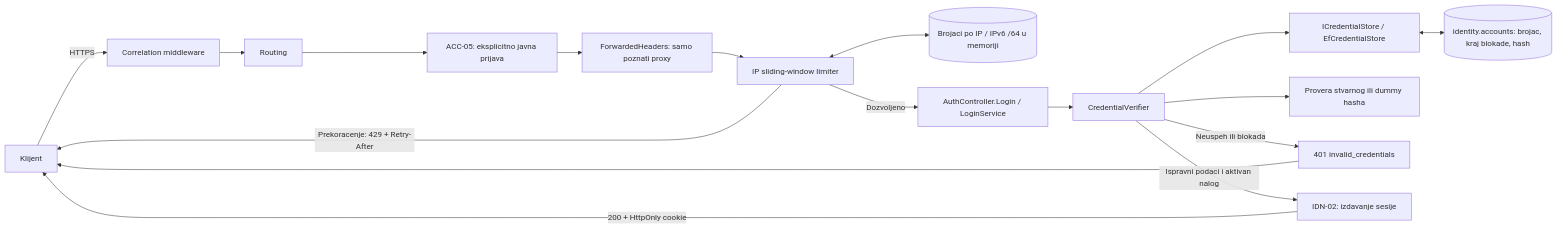
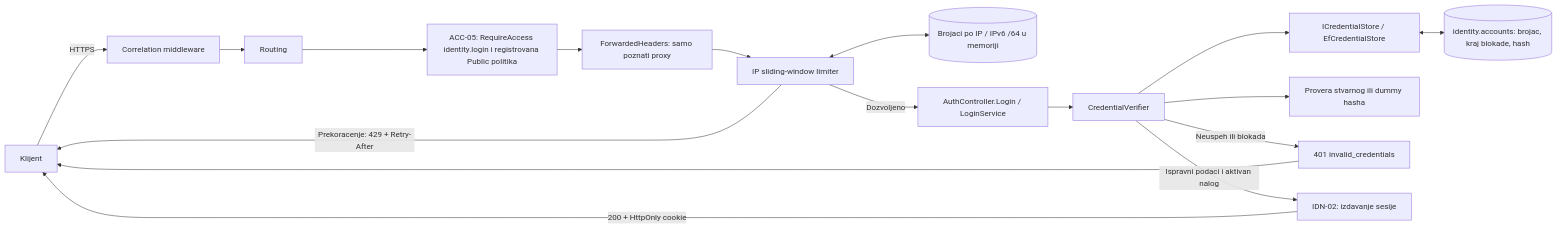
Before and after one commit to owlCoder/security-lab: the diagram in docs/components/identity/IDN-05.md, drawn with Mermaid. The commit also changed other lines of this file and 15 other files, not shown here.

````diff
--- a/docs/components/identity/IDN-05.md
+++ b/docs/components/identity/IDN-05.md
@@ -33,19 +36,19 @@
 ```mermaid
 flowchart LR
   U[Klijent] -->|HTTPS| C[Correlation middleware]
   C --> R[Routing]
-  R --> A[ACC-05: eksplicitno javna prijava]
+  R --> A[ACC-05: RequireAccess identity.login i registrovana Public politika]
   A --> F[ForwardedHeaders: samo poznati proxy]
   F --> L[IP sliding-window limiter]
   L <--> I[(Brojaci po IP / IPv6 /64 u memoriji)]
   L -->|Prekoracenje: 429 + Retry-After| U
   L -->|Dozvoljeno| E[AuthController.Login / LoginService]
   E --> V[CredentialVerifier]
   V --> S[ICredentialStore / EfCredentialStore]
   S <--> D[(identity.accounts: brojac, kraj blokade, hash)]
   V --> H[Provera stvarnog ili dummy hasha]
   V -->|Neuspeh ili blokada| N[401 invalid_credentials]
   N --> U
   V -->|Ispravni podaci i aktivan nalog| T[IDN-02: izdavanje sesije]
   T -->|200 + HttpOnly cookie| U
 ```
````
